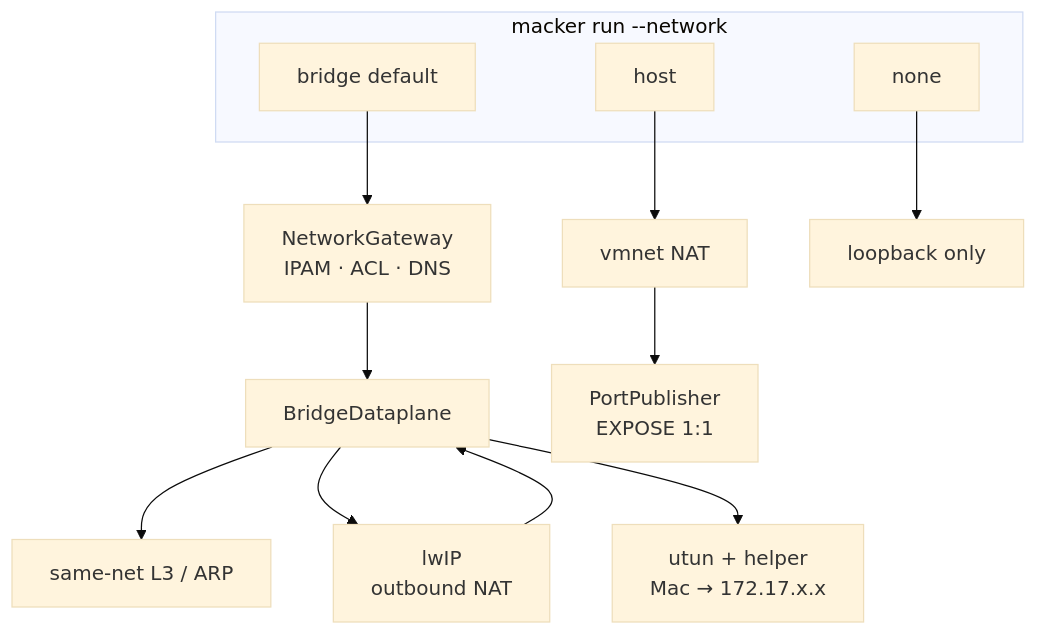
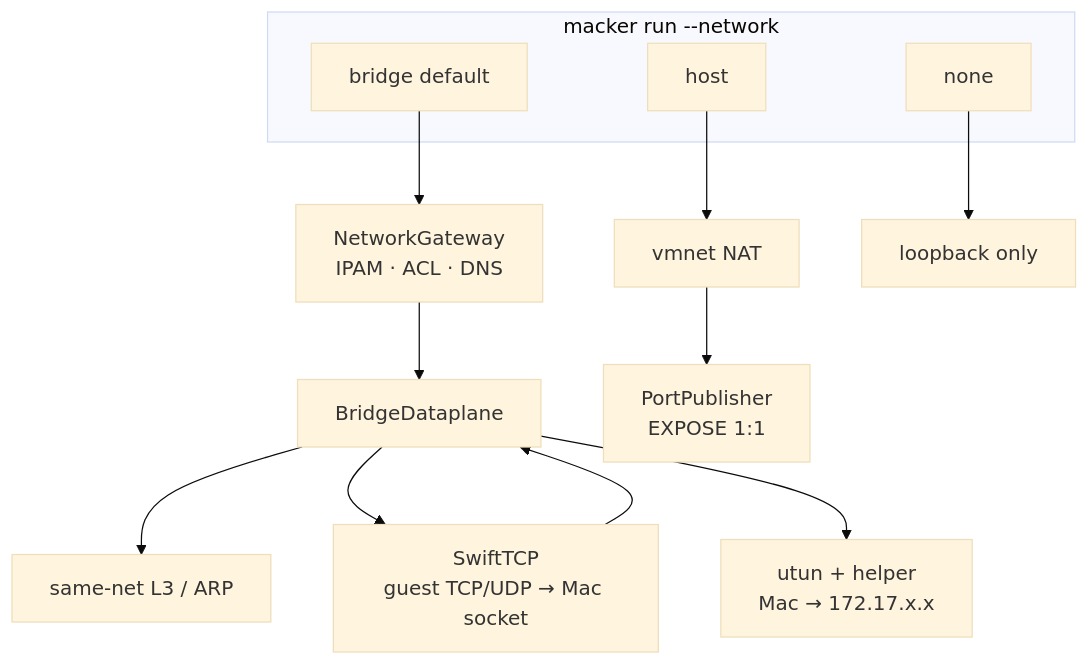
The first of 4 diagrams in docs/networking.md (macker-io/macker), drawn with Mermaid (base theme) before and after one commit. The commit also changed other lines of this file and 38 other files, not shown here.

First line of the commit message:
Replace lwIP with in-process SwiftTCP for bridge outbound.

````diff
--- a/docs/networking.md
+++ b/docs/networking.md
@@ -17,20 +17,20 @@
 ```mermaid
 flowchart TB
   subgraph pick["macker run --network"]
     B["bridge default"]
     H["host"]
     N["none"]
   end
 
   B --> GW["NetworkGateway<br/>IPAM · ACL · DNS"]
   GW --> DP["BridgeDataplane"]
   DP --> SAME["same-net L3 / ARP"]
-  DP --> LW["lwIP<br/>outbound NAT"]
+  DP --> ST["SwiftTCP<br/>guest TCP/UDP → Mac socket"]
   DP --> UT["utun + helper<br/>Mac → 172.17.x.x"]
-  LW --> DP
+  ST --> DP
 
   H --> VM["vmnet NAT"]
   VM --> PP["PortPublisher<br/>EXPOSE 1:1"]
 
   N --> X["loopback only"]
 ```
````
